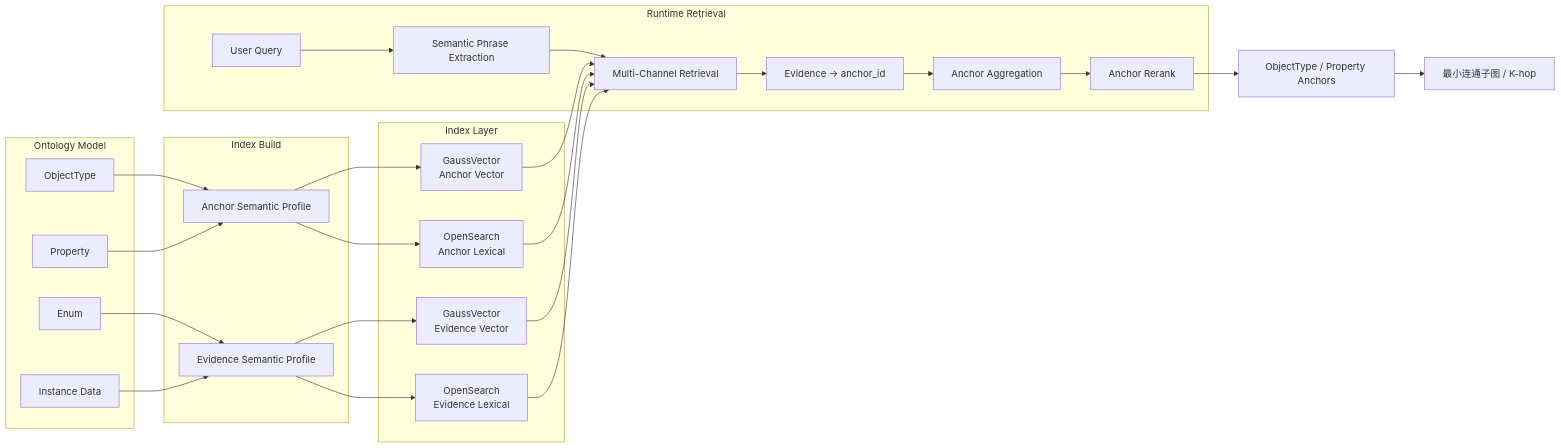
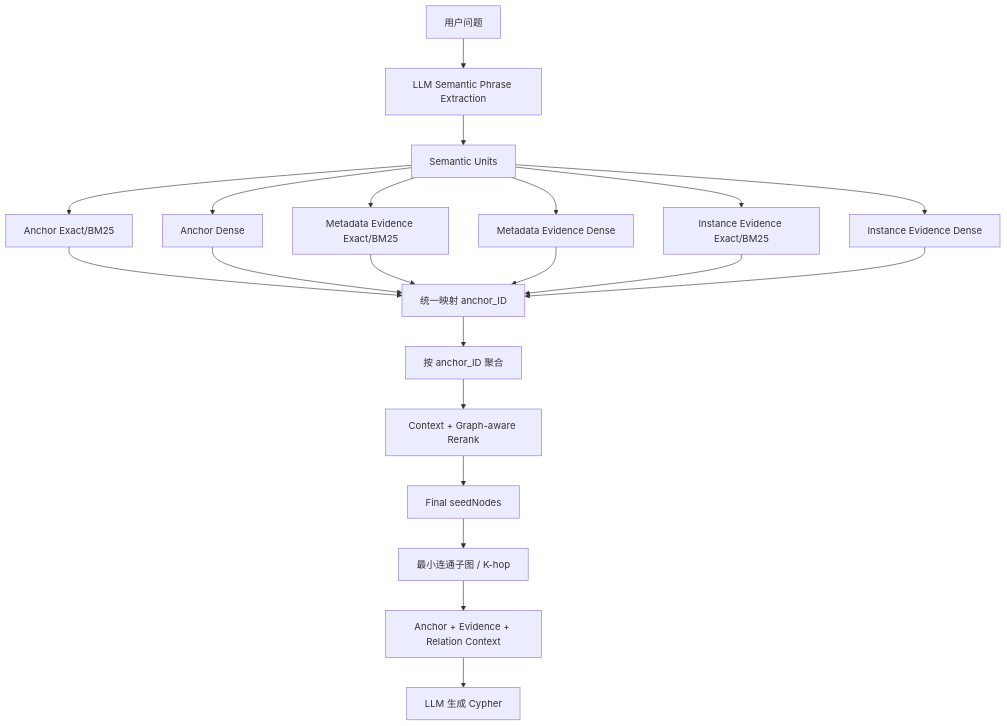
Before and after one commit to cfwl100/onology_dsl: the second of 2 diagrams in docs/OAG本体锚点语义检索与向量索引设计方案.md, drawn with Mermaid. The commit also changed other lines of this file, not shown here.

````diff
--- a/docs/OAG本体锚点语义检索与向量索引设计方案.md
+++ b/docs/OAG本体锚点语义检索与向量索引设计方案.md
@@ -1708,53 +2047,29 @@
 ```mermaid
-flowchart LR
+flowchart TD
 
-subgraph Model[Ontology Model]
-O[ObjectType]
-P[Property]
-E[Enum]
-D[Instance Data]
-end
+Q[用户问题]
+--> LLM[LLM Semantic Phrase Extraction]
 
-subgraph Build[Index Build]
-AP[Anchor Semantic Profile]
-EP[Evidence Semantic Profile]
-end
+LLM --> U[Semantic Units]
 
-O --> AP
-P --> AP
-E --> EP
-D --> EP
+U --> AE[Anchor Exact/BM25]
+U --> AV[Anchor Dense]
+U --> ME[Metadata Evidence Exact/BM25]
+U --> MV[Metadata Evidence Dense]
+U --> IE[Instance Evidence Exact/BM25]
+U --> IV[Instance Evidence Dense]
 
-subgraph Index[Index Layer]
-AV[GaussVector<br/>Anchor Vector]
-EV[GaussVector<br/>Evidence Vector]
-AO[OpenSearch<br/>Anchor Lexical]
-EO[OpenSearch<br/>Evidence Lexical]
-end
+AE --> MAP[统一映射 anchor_ID]
+AV --> MAP
+ME --> MAP
+MV --> MAP
+IE --> MAP
+IV --> MAP
 
-AP --> AV
-AP --> AO
-EP --> EV
-EP --> EO
-
-subgraph Runtime[Runtime Retrieval]
-Q[User Query]
-PE[Semantic Phrase Extraction]
-R[Multi-Channel Retrieval]
-M[Evidence → anchor_id]
-A[Anchor Aggregation]
-RR[Anchor Rerank]
-end
-
-Q --> PE
-PE --> R
-AV --> R
-EV --> R
-AO --> R
-EO --> R
-R --> M
-M --> A
-A --> RR
-RR --> OUT[ObjectType / Property Anchors]
-OUT --> G[最小连通子图 / K-hop]
+MAP --> AGG[按 anchor_ID 聚合]
+AGG --> RR[Context + Graph-aware Rerank]
+RR --> SEED[Final seedNodes]
+SEED --> GRAPH[最小连通子图 / K-hop]
+GRAPH --> CTX[Anchor + Evidence + Relation Context]
+CTX --> CY[LLM 生成 Cypher]
 ```
````
